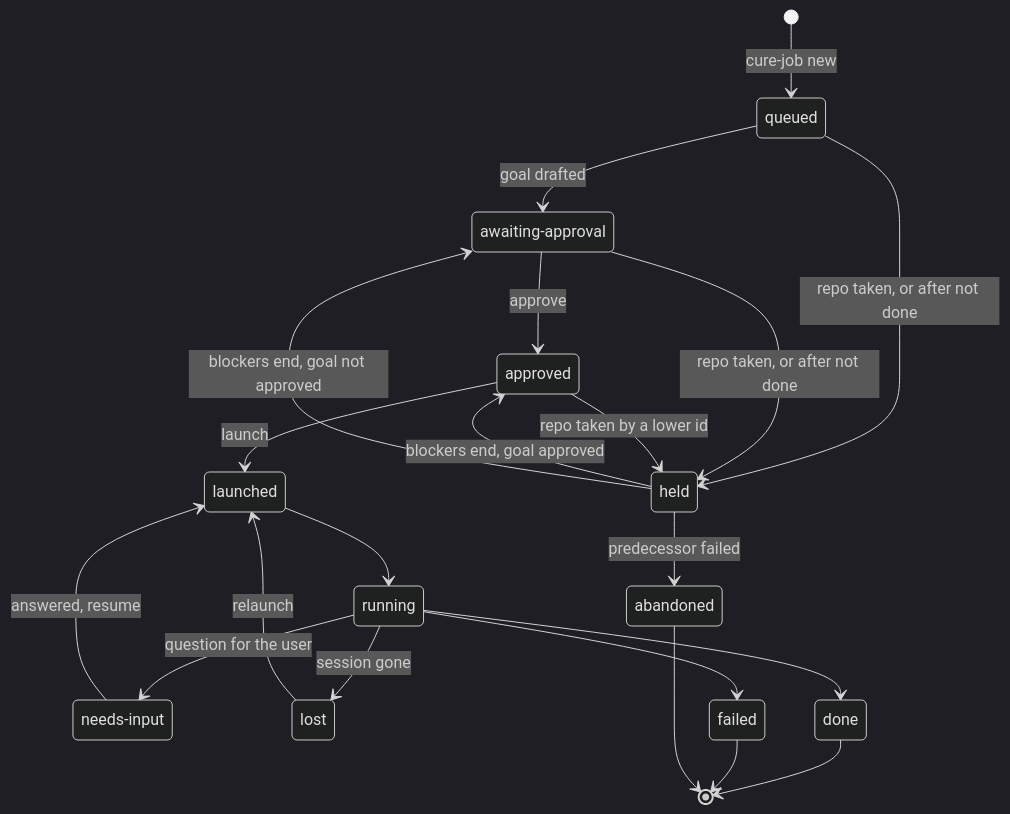
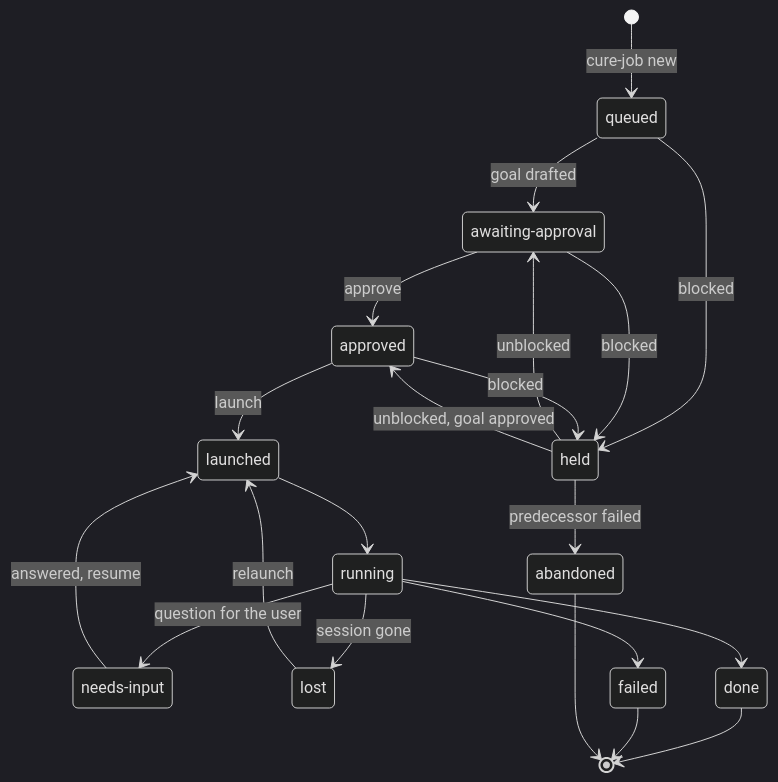
Before and after one commit to zagrichanskiy/claude-plugins: the first of 3 diagrams in docs/dispatcher-resource-scheduling.md, drawn with Mermaid (dark theme). The commit also changed other lines of this file, not shown here.

````diff
--- a/docs/dispatcher-resource-scheduling.md
+++ b/docs/dispatcher-resource-scheduling.md
@@ -45,25 +60,25 @@
 ```mermaid
 stateDiagram-v2
     state "awaiting-approval" as AA
     state "needs-input" as NI
     [*] --> queued: cure-job new
     queued --> AA: goal drafted
     AA --> approved: approve
-    queued --> held: repo taken, or after not done
-    AA --> held: repo taken, or after not done
-    approved --> held: repo taken by a lower id
-    held --> approved: blockers end, goal approved
-    held --> AA: blockers end, goal not approved
+    queued --> held: blocked
+    AA --> held: blocked
+    approved --> held: blocked
+    held --> AA: unblocked
+    held --> approved: unblocked, goal approved
+    held --> abandoned: predecessor failed
     approved --> launched: launch
     launched --> running
     running --> NI: question for the user
     NI --> launched: answered, resume
     running --> lost: session gone
     lost --> launched: relaunch
     running --> done
     running --> failed
-    held --> abandoned: predecessor failed
     done --> [*]
     failed --> [*]
     abandoned --> [*]
 ```
````
